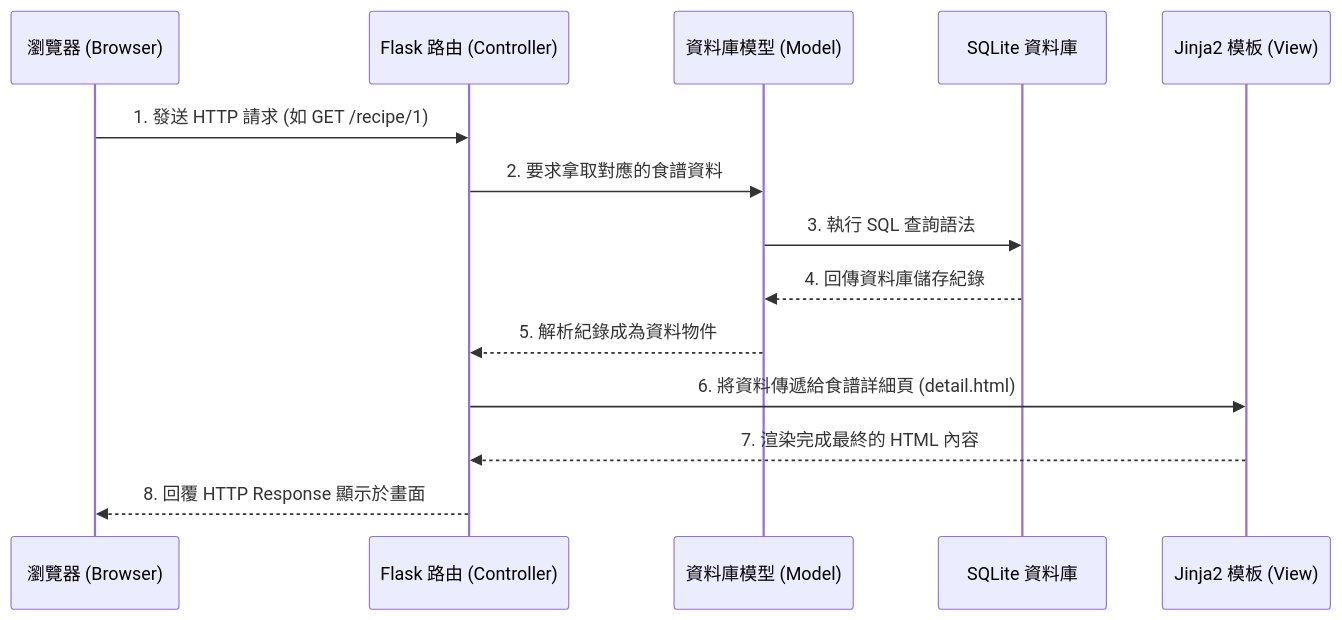
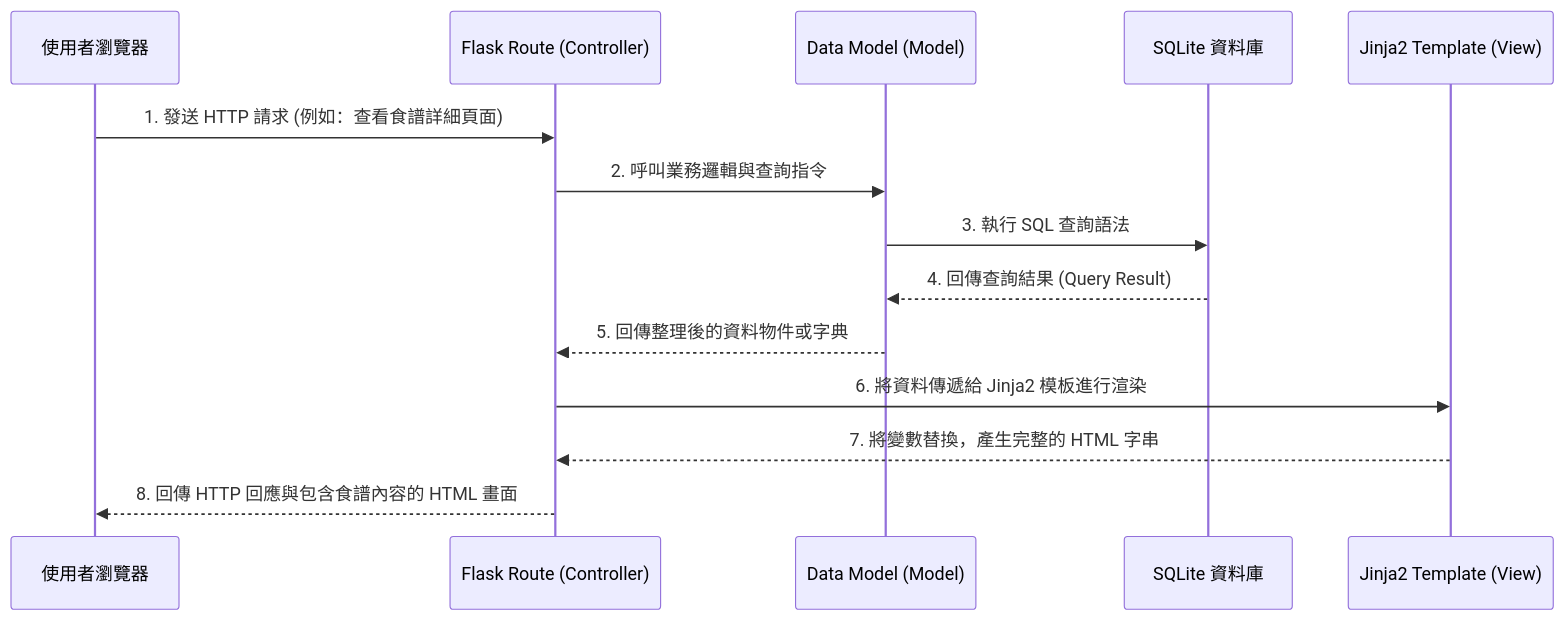
One commit to D1420337/web_app_development changed the diagram in docs/ARCHITECTURE.md. Above: the diagram before and after it, drawn with Mermaid. The commit also changed other lines of this file, not shown here.

Commit message:
docs: add system architecture

````diff
--- a/docs/ARCHITECTURE.md
+++ b/docs/ARCHITECTURE.md
@@ -57,17 +54,17 @@
 ```mermaid
 sequenceDiagram
-    participant B as 瀏覽器 (Browser)
-    participant R as Flask 路由 (Controller)
-    participant M as 資料庫模型 (Model)
+    participant Browser as 使用者瀏覽器
+    participant Route as Flask Route (Controller)
+    participant Model as Data Model (Model)
     participant DB as SQLite 資料庫
-    participant T as Jinja2 模板 (View)
+    participant Template as Jinja2 Template (View)
 
-    B->>R: 1. 發送 HTTP 請求 (如 GET /recipe/1)
-    R->>M: 2. 要求拿取對應的食譜資料
-    M->>DB: 3. 執行 SQL 查詢語法
-    DB-->>M: 4. 回傳資料庫儲存紀錄
-    M-->>R: 5. 解析紀錄成為資料物件
-    R->>T: 6. 將資料傳遞給食譜詳細頁 (detail.html)
-    T-->>R: 7. 渲染完成最終的 HTML 內容
-    R-->>B: 8. 回覆 HTTP Response 顯示於畫面
+    Browser->>Route: 1. 發送 HTTP 請求 (例如：查看食譜詳細頁面)
+    Route->>Model: 2. 呼叫業務邏輯與查詢指令
+    Model->>DB: 3. 執行 SQL 查詢語法
+    DB-->>Model: 4. 回傳查詢結果 (Query Result)
+    Model-->>Route: 5. 回傳整理後的資料物件或字典
+    Route->>Template: 6. 將資料傳遞給 Jinja2 模板進行渲染
+    Template-->>Route: 7. 將變數替換，產生完整的 HTML 字串
+    Route-->>Browser: 8. 回傳 HTTP 回應與包含食譜內容的 HTML 畫面
 ```
````
